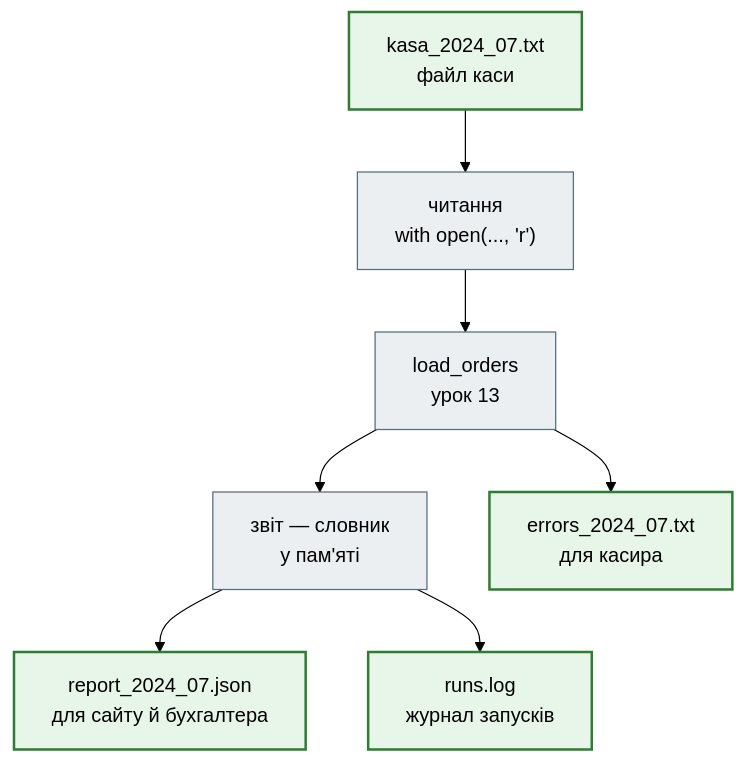
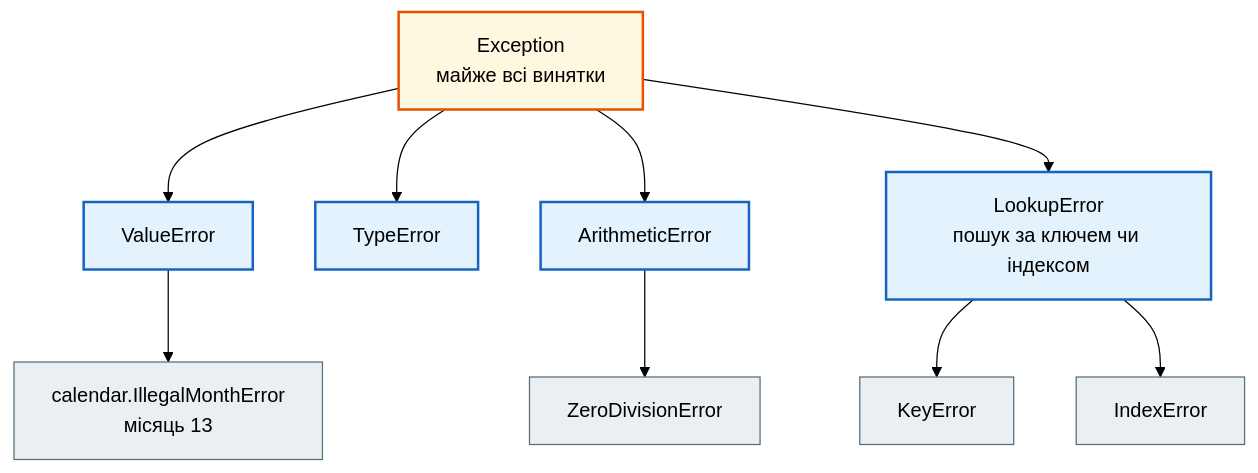
Before and after one commit to AlinaRadchenko/PY-Course-Victor-Nikoriak-22-09-2026: the second of 3 diagrams in docs/modules/m1/lesson_14.md, drawn with Mermaid (forest theme). The commit also changed other lines of this file and 1846 other files, not shown here.

````diff
--- a/docs/modules/m1/lesson_14.md
+++ b/docs/modules/m1/lesson_14.md
@@ -38,18 +292,21 @@
 ```mermaid
 flowchart TD
     classDef step     fill:#eceff1,stroke:#546e7a,stroke-width:1px;
     classDef decision fill:#e3f2fd,stroke:#1565c0,stroke-width:2px;
     classDef success  fill:#e8f5e9,stroke:#2e7d32,stroke-width:2px;
     classDef error    fill:#ffebee,stroke:#c62828,stroke-width:3px;
     classDef warning  fill:#fff8e1,stroke:#e65100,stroke-width:2px;
 
-    K["kasa_2024_07.txt<br>файл каси"] --> R["читання<br>with open(..., 'r')"]
-    R --> P["load_orders<br>урок 13"]
-    P --> B["звіт — словник<br>у пам'яті"]
-    B --> J["report_2024_07.json<br>для сайту й бухгалтера"]
-    P --> E["errors_2024_07.txt<br>для касира"]
-    B --> L["runs.log<br>журнал запусків"]
+    E["Exception<br>майже всі винятки"] --> V["ValueError"]
+    E --> T["TypeError"]
+    E --> A["ArithmeticError"]
+    E --> L["LookupError<br>пошук за ключем чи індексом"]
+    V --> C["calendar.IllegalMonthError<br>місяць 13"]
+    A --> Z["ZeroDivisionError"]
+    L --> K["KeyError"]
+    L --> I["IndexError"]
 
-    class K,J,E,L success
-    class R,P,B step
+    class E warning
+    class V,T,A,L decision
+    class C,Z,K,I step
 ```
````
